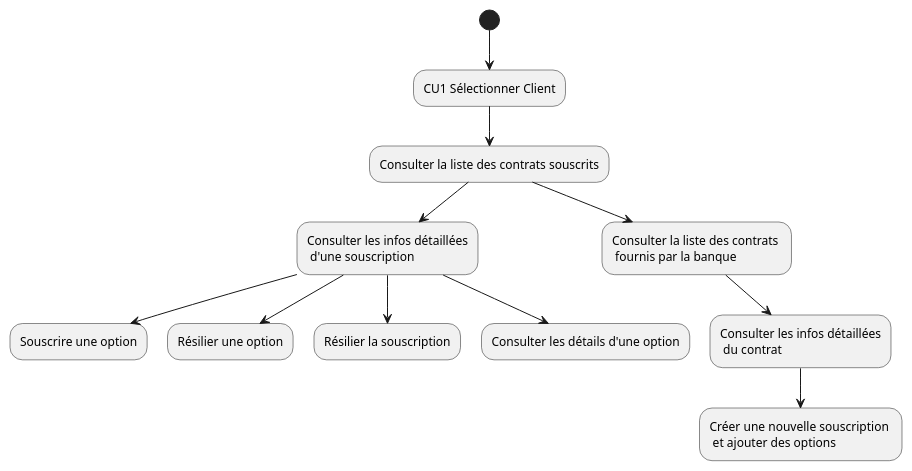
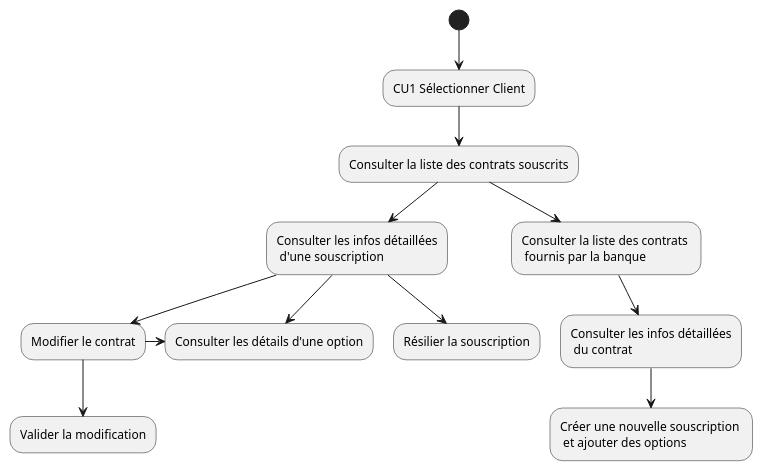
Before and after one commit to HZjiadong/PLD-MARS: the diagram in src/documentation/CU4_DA.puml, drawn with PlantUML. The commit also changed 2 other files, not shown here.

```diff
--- a/src/documentation/CU4_DA.puml
+++ b/src/documentation/CU4_DA.puml
@@ -1,16 +1,17 @@
 @startuml
 (*)  --> "CU1 Sélectionner Client"
 --> "Consulter la liste des contrats souscrits"
 
 "Consulter la liste des contrats souscrits"-->  "Consulter les infos détaillées\n d'une souscription"
 "Consulter la liste des contrats souscrits"--> "Consulter la liste des contrats \n fournis par la banque "
 
-"Consulter les infos détaillées\n d'une souscription" --> "Souscrire une option"
-"Consulter les infos détaillées\n d'une souscription" --> "Résilier une option"
+"Consulter les infos détaillées\n d'une souscription" -> "Consulter les détails d'une option"
+"Consulter les infos détaillées\n d'une souscription" --> "Modifier le contrat"
+"Modifier le contrat" -> "Consulter les détails d'une option"
+"Modifier le contrat" -down> "Valider la modification"
 "Consulter les infos détaillées\n d'une souscription" --> "Résilier la souscription"
-"Consulter les infos détaillées\n d'une souscription" --> "Consulter les détails d'une option"
 
 "Consulter la liste des contrats \n fournis par la banque " --> "Consulter les infos détaillées\n du contrat"
 "Consulter les infos détaillées\n du contrat" --> "Créer une nouvelle souscription \n et ajouter des options"
 
 @enduml
```
